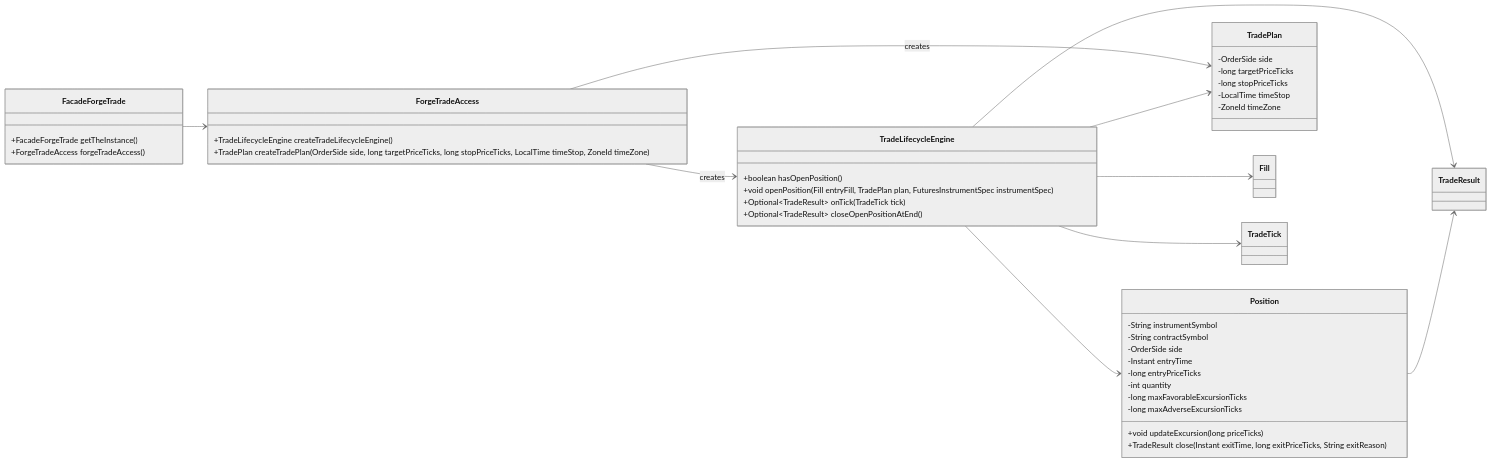
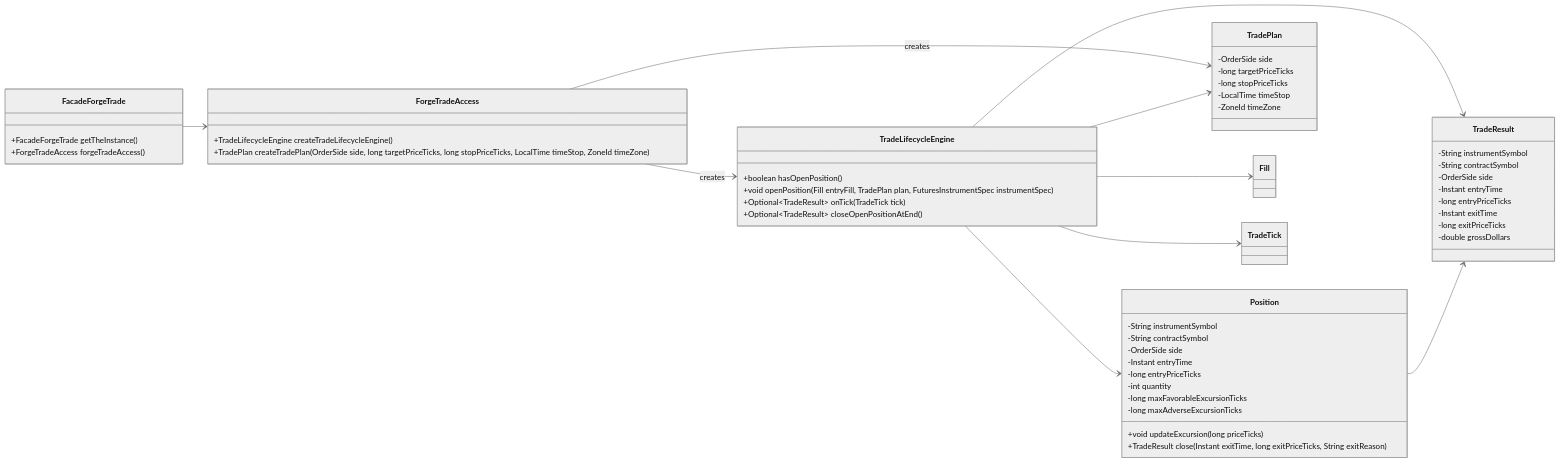
Diagram 16 of 21 in class-model.md (probst-paul/FORGE), drawn with Mermaid (neutral theme) before and after one commit. The commit also changed other lines of this file and 16 other files, not shown here.

First line of the commit message:
Move TradeResult to trade; remove placeholders

````diff
--- a/class-model.md
+++ b/class-model.md
@@ -1067,52 +1063,63 @@
 ```mermaid
 classDiagram
     direction LR
 
     class FacadeForgeTrade {
         +FacadeForgeTrade getTheInstance()
         +ForgeTradeAccess forgeTradeAccess()
     }
 
     class ForgeTradeAccess {
         +TradeLifecycleEngine createTradeLifecycleEngine()
         +TradePlan createTradePlan(OrderSide side, long targetPriceTicks, long stopPriceTicks, LocalTime timeStop, ZoneId timeZone)
     }
 
     class TradeLifecycleEngine {
         +boolean hasOpenPosition()
         +void openPosition(Fill entryFill, TradePlan plan, FuturesInstrumentSpec instrumentSpec)
         +Optional~TradeResult~ onTick(TradeTick tick)
         +Optional~TradeResult~ closeOpenPositionAtEnd()
     }
 
     class Position {
         -String instrumentSymbol
         -String contractSymbol
         -OrderSide side
         -Instant entryTime
         -long entryPriceTicks
         -int quantity
         -long maxFavorableExcursionTicks
         -long maxAdverseExcursionTicks
         +void updateExcursion(long priceTicks)
         +TradeResult close(Instant exitTime, long exitPriceTicks, String exitReason)
     }
 
     class TradePlan {
         -OrderSide side
         -long targetPriceTicks
         -long stopPriceTicks
         -LocalTime timeStop
         -ZoneId timeZone
     }
 
+    class TradeResult {
+        -String instrumentSymbol
+        -String contractSymbol
+        -OrderSide side
+        -Instant entryTime
+        -long entryPriceTicks
+        -Instant exitTime
+        -long exitPriceTicks
+        -double grossDollars
+    }
+
     FacadeForgeTrade --> ForgeTradeAccess
     ForgeTradeAccess --> TradeLifecycleEngine : creates
     ForgeTradeAccess --> TradePlan : creates
     TradeLifecycleEngine --> Position
     TradeLifecycleEngine --> Fill
     TradeLifecycleEngine --> TradePlan
     TradeLifecycleEngine --> TradeTick
     TradeLifecycleEngine --> TradeResult
     Position --> TradeResult
 ```
````
